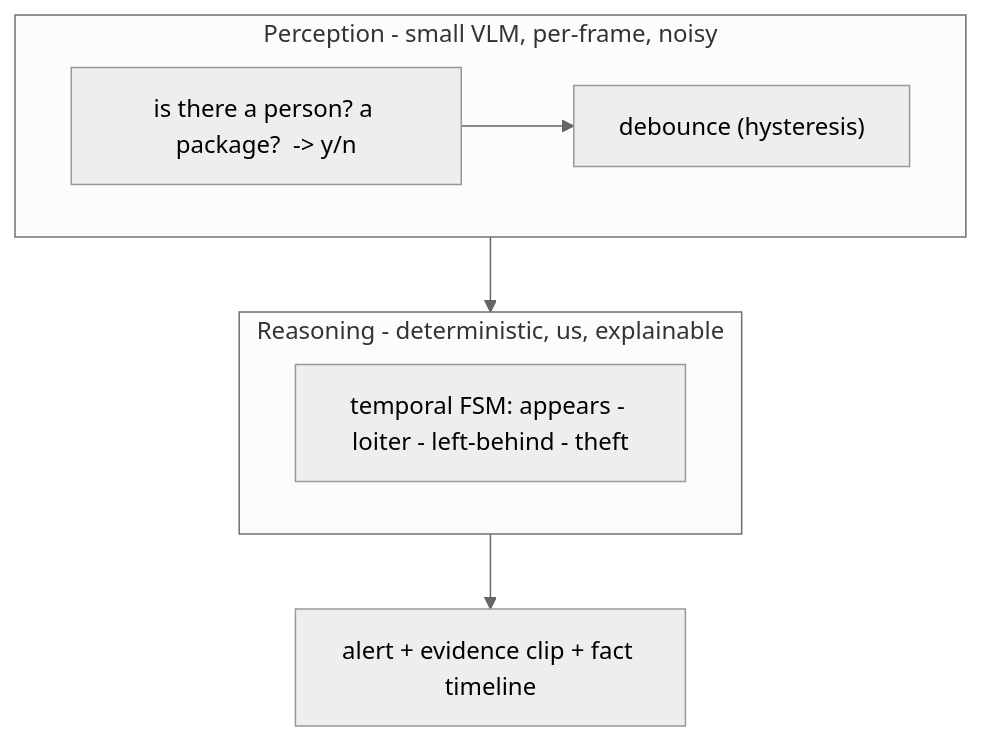
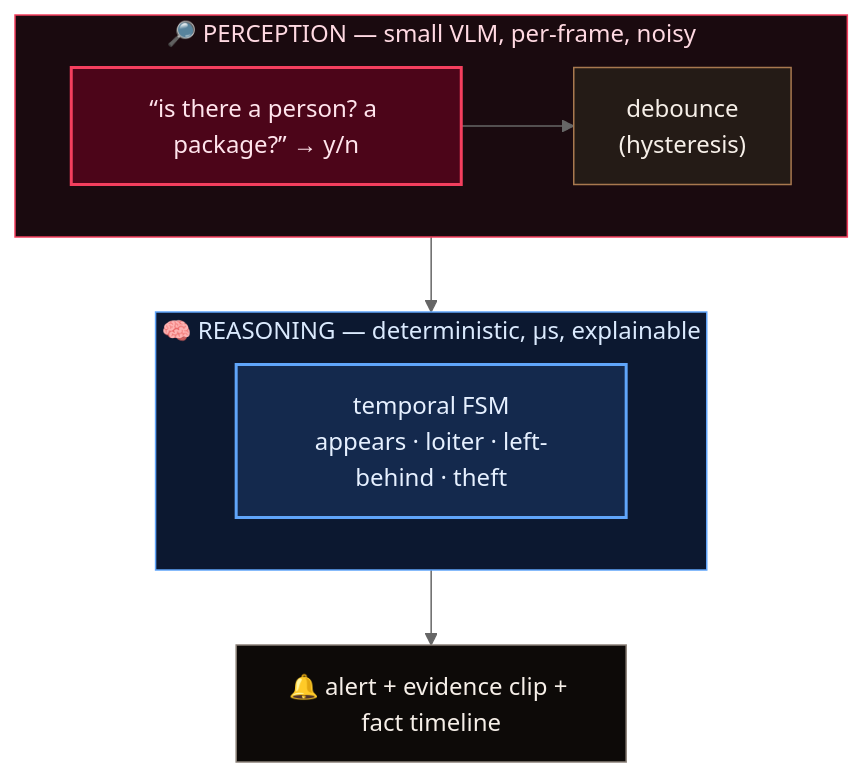
One commit to hungtruongOwolf/nightjar changed the third of 5 diagrams in README.md. Above: the diagram before and after it, drawn with Mermaid (neutral theme). The commit also changed other lines of this file, not shown here.

First line of the commit message:
docs: make it unmistakably Arm-CPU (no NVIDIA), styled diagrams

````diff
--- a/README.md
+++ b/README.md
@@ -97,12 +104,18 @@
 ```mermaid
 flowchart TB
-  subgraph P ["Perception - small VLM, per-frame, noisy"]
+  subgraph P ["🔎 PERCEPTION — small VLM, per-frame, noisy"]
     direction LR
-    q["is there a person? a package?  -> y/n"] --> dbn["debounce (hysteresis)"]
+    q["“is there a person? a package?” → y/n"]:::hot --> dbn["debounce<br/>(hysteresis)"]:::mid
   end
-  subgraph R ["Reasoning - deterministic, us, explainable"]
+  subgraph R ["🧠 REASONING — deterministic, µs, explainable"]
     direction LR
-    tl["temporal FSM: appears - loiter - left-behind - theft"]
+    tl["temporal FSM<br/>appears · loiter · left-behind · theft"]:::brain
   end
-  P --> R --> a["alert + evidence clip + fact timeline"]
+  P --> R --> a["🔔 alert + evidence clip + fact timeline"]:::io
+  classDef hot fill:#4c0519,stroke:#f43f5e,color:#ffe4ec,stroke-width:2px;
+  classDef mid fill:#241b16,stroke:#a8794f,color:#f6efe8;
+  classDef brain fill:#14294d,stroke:#60a5fa,color:#e6f0ff,stroke-width:2px;
+  classDef io fill:#0d0a08,stroke:#8a8078,color:#f6efe8;
+  style P fill:#1a0a0f,stroke:#f43f5e,color:#ffd9e2;
+  style R fill:#0c1830,stroke:#60a5fa,color:#dbeafe;
 ```
````
